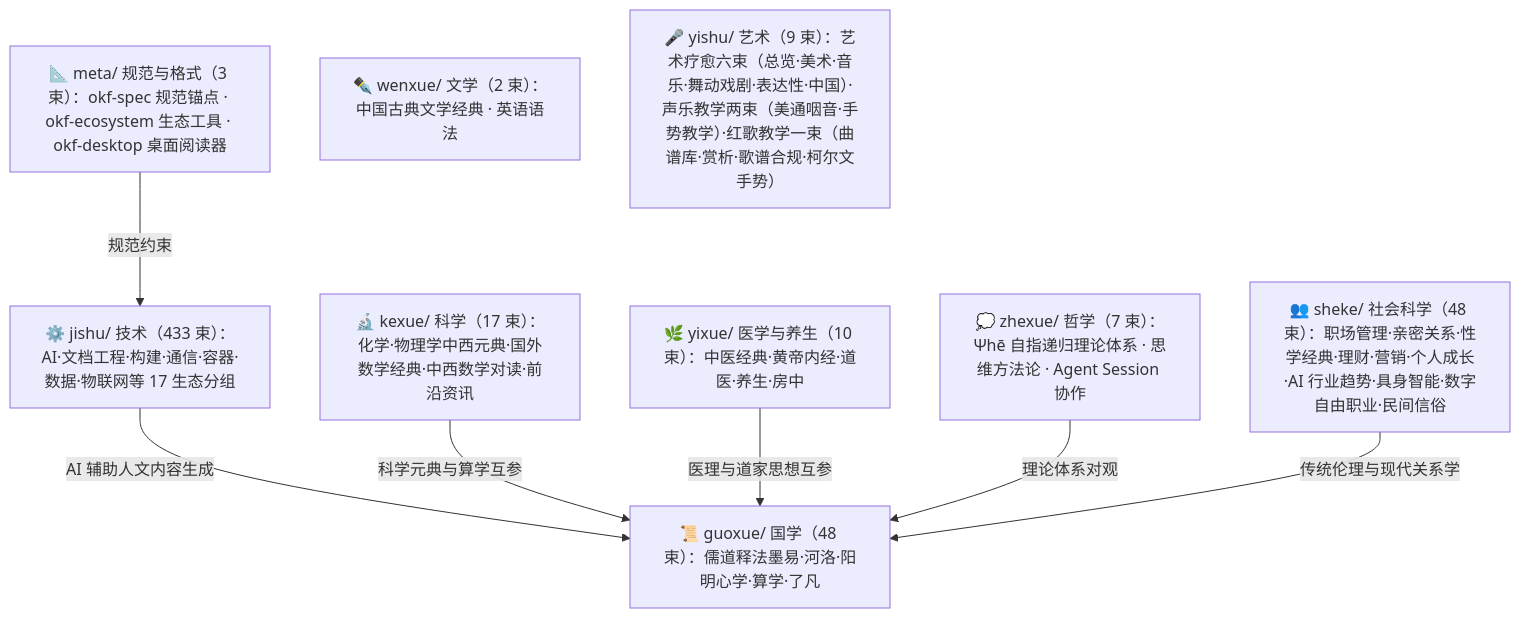
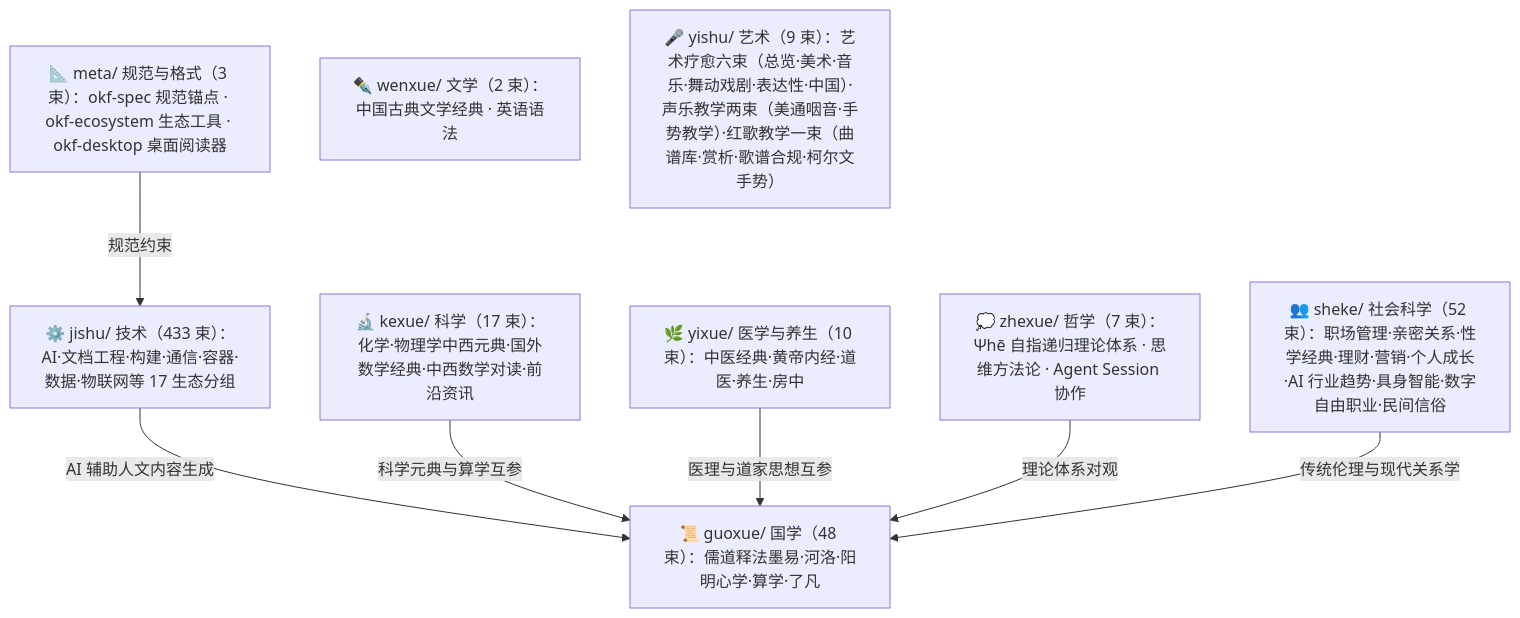
One commit to awesome-flexloop/awesome-okf changed the diagram in doc/bundles/index.md. Above: the diagram before and after it, drawn with Mermaid. The commit also changed other lines of this file and 63 other files, not shown here.

````diff
--- a/doc/bundles/index.md
+++ b/doc/bundles/index.md
@@ -21,18 +21,18 @@
 ```mermaid
 flowchart TD
     meta["📐 meta/ 规范与格式（3 束）：okf-spec 规范锚点 · okf-ecosystem 生态工具 · okf-desktop 桌面阅读器"]
     guoxue["📜 guoxue/ 国学（48 束）：儒道释法墨易·河洛·阳明心学·算学·了凡"]
     zhexue["💭 zhexue/ 哲学（7 束）：Ψhē 自指递归理论体系 · 思维方法论 · Agent Session 协作"]
     kexue["🔬 kexue/ 科学（17 束）：化学·物理学中西元典·国外数学经典·中西数学对读·前沿资讯"]
     wenxue["✒️ wenxue/ 文学（2 束）：中国古典文学经典 · 英语语法"]
     yixue["🌿 yixue/ 医学与养生（10 束）：中医经典·黄帝内经·道医·养生·房中"]
-    sheke["👥 sheke/ 社会科学（48 束）：职场管理·亲密关系·性学经典·理财·营销·个人成长·AI 行业趋势·具身智能·数字自由职业·民间信俗"]
+    sheke["👥 sheke/ 社会科学（52 束）：职场管理·亲密关系·性学经典·理财·营销·个人成长·AI 行业趋势·具身智能·数字自由职业·民间信俗"]
     yishu["🎤 yishu/ 艺术（9 束）：艺术疗愈六束（总览·美术·音乐·舞动戏剧·表达性·中国）·声乐教学两束（美通咽音·手势教学）·红歌教学一束（曲谱库·赏析·歌谱合规·柯尔文手势）"]
     jishu["⚙️ jishu/ 技术（433 束）：AI·文档工程·构建·通信·容器·数据·物联网等 17 生态分组"]
     meta -->|"规范约束"| jishu
     jishu -->|"AI 辅助人文内容生成"| guoxue
     kexue -->|"科学元典与算学互参"| guoxue
     yixue -->|"医理与道家思想互参"| guoxue
     zhexue -->|"理论体系对观"| guoxue
     sheke -->|"传统伦理与现代关系学"| guoxue
 ```
````
